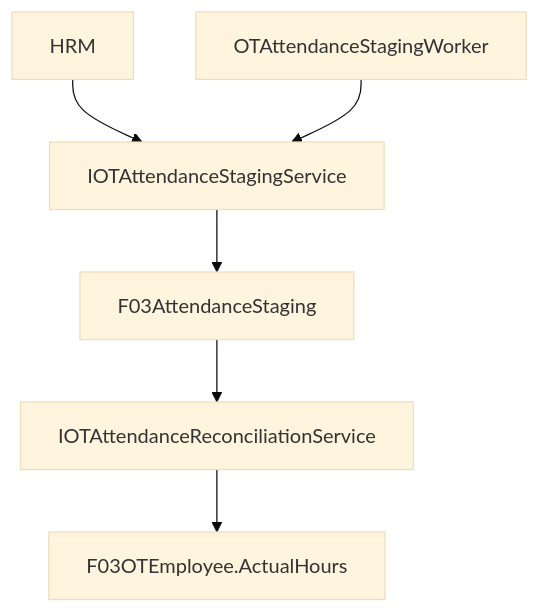
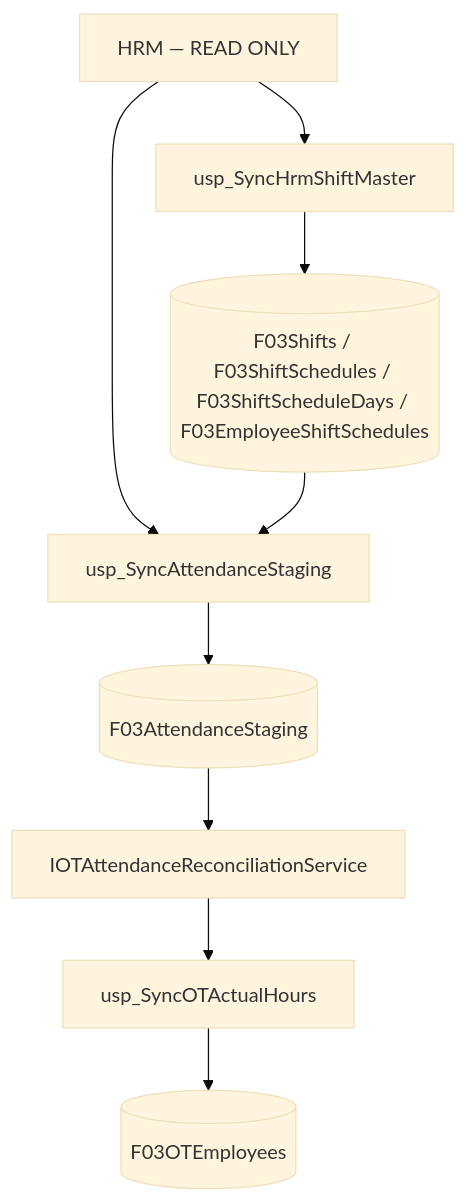
Before and after one commit to Nang0559/Reggister: the fifth of 6 diagrams in MÔ HÌNH/07_IMPLEMENTATION_AUDIT.md, drawn with Mermaid (base theme). The commit also changed other lines of this file, not shown here.

Commit message:
docs: align implementation audit with current HRM SQL

````diff
--- a/MÔ HÌNH/07_IMPLEMENTATION_AUDIT.md
+++ b/MÔ HÌNH/07_IMPLEMENTATION_AUDIT.md
@@ -110,8 +110,12 @@
 ```mermaid
 flowchart TD
-    HRM[HRM] --> STAGE[IOTAttendanceStagingService]
-    STAGE --> TABLE[F03AttendanceStaging]
-    TABLE --> REC[IOTAttendanceReconciliationService]
-    REC --> OT[F03OTEmployee.ActualHours]
-    WORKER[OTAttendanceStagingWorker] --> STAGE
+    HRM[HRM — READ ONLY] --> SMS[usp_SyncHrmShiftMaster]
+    SMS --> SHIFT[(F03Shifts / F03ShiftSchedules / F03ShiftScheduleDays / F03EmployeeShiftSchedules)]
+
+    HRM --> ATT[usp_SyncAttendanceStaging]
+    SHIFT --> ATT
+    ATT --> AST[(F03AttendanceStaging)]
+    AST --> REC[IOTAttendanceReconciliationService]
+    REC --> OTSP[usp_SyncOTActualHours]
+    OTSP --> OT[(F03OTEmployees)]
 ```
````
